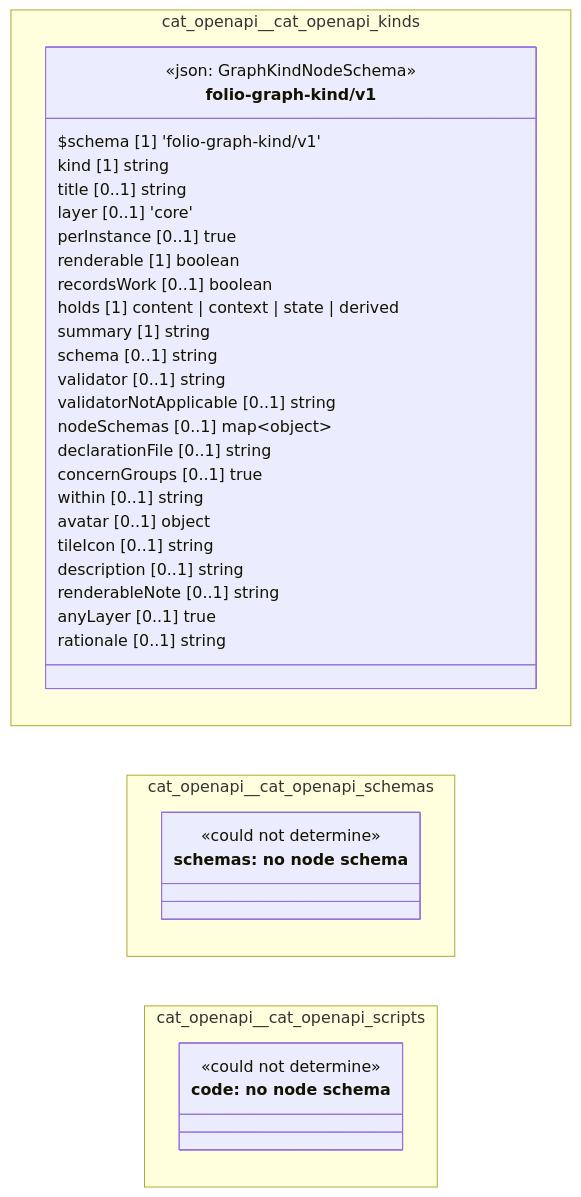
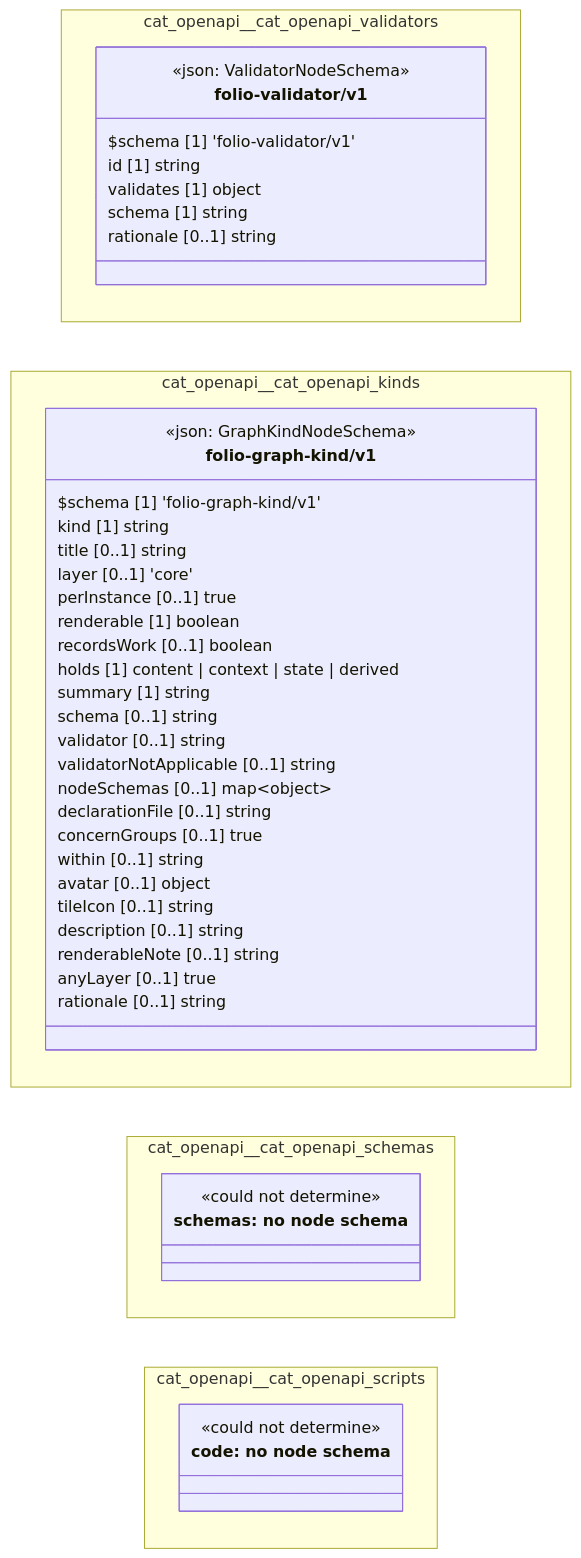
Before and after one commit to litlfred/folio-assistant: the diagram in cat-harness/docs/uml/overview/cat-openapi.md, drawn with Mermaid. The commit also changed other lines of this file and 167 other files, not shown here.

````diff
--- a/cat-harness/docs/uml/overview/cat-openapi.md
+++ b/cat-harness/docs/uml/overview/cat-openapi.md
@@ -46,46 +48,57 @@
 ```mermaid
 classDiagram
   direction LR
+  namespace cat_openapi__cat_openapi_validators {
+    class cat_openapi_cat_openapi_validators_folio_validator_v1_folio_validator_v1["folio-validator/v1"] {
+      <<json: ValidatorNodeSchema>>
+      $schema [1] 'folio-validator/v1'
+      id [1] string
+      validates [1] object
+      schema [1] string
+      rationale [0..1] string
+    }
+  }
   namespace cat_openapi__cat_openapi_kinds {
     class cat_openapi_cat_openapi_kinds_folio_graph_kind_v1_folio_graph_kind_v1["folio-graph-kind/v1"] {
       <<json: GraphKindNodeSchema>>
       $schema [1] 'folio-graph-kind/v1'
       kind [1] string
       title [0..1] string
       layer [0..1] 'core'
       perInstance [0..1] true
       renderable [1] boolean
       recordsWork [0..1] boolean
       holds [1] content | context | state | derived
       summary [1] string
       schema [0..1] string
       validator [0..1] string
       validatorNotApplicable [0..1] string
       nodeSchemas [0..1] map~object~
       declarationFile [0..1] string
       concernGroups [0..1] true
       within [0..1] string
       avatar [0..1] object
       tileIcon [0..1] string
       description [0..1] string
       renderableNote [0..1] string
       anyLayer [0..1] true
       rationale [0..1] string
     }
   }
   namespace cat_openapi__cat_openapi_schemas {
     class n_cat_openapi_cat_openapi_schemas_schemas["schemas: no node schema"] {
       <<could not determine>>
     }
   }
   namespace cat_openapi__cat_openapi_scripts {
     class n_cat_openapi_cat_openapi_scripts_code["code: no node schema"] {
       <<could not determine>>
     }
   }
+  cssClass "cat_openapi_cat_openapi_validators_folio_validator_v1_folio_validator_v1" fa_uml_kind_validators
   cssClass "cat_openapi_cat_openapi_kinds_folio_graph_kind_v1_folio_graph_kind_v1" fa_uml_kind_kinds
   cssClass "n_cat_openapi_cat_openapi_schemas_schemas" fa_uml_kind_schemas
   cssClass "n_cat_openapi_cat_openapi_schemas_schemas" fa_uml_undetermined
   cssClass "n_cat_openapi_cat_openapi_scripts_code" fa_uml_kind_code
   cssClass "n_cat_openapi_cat_openapi_scripts_code" fa_uml_undetermined
 ```
````
